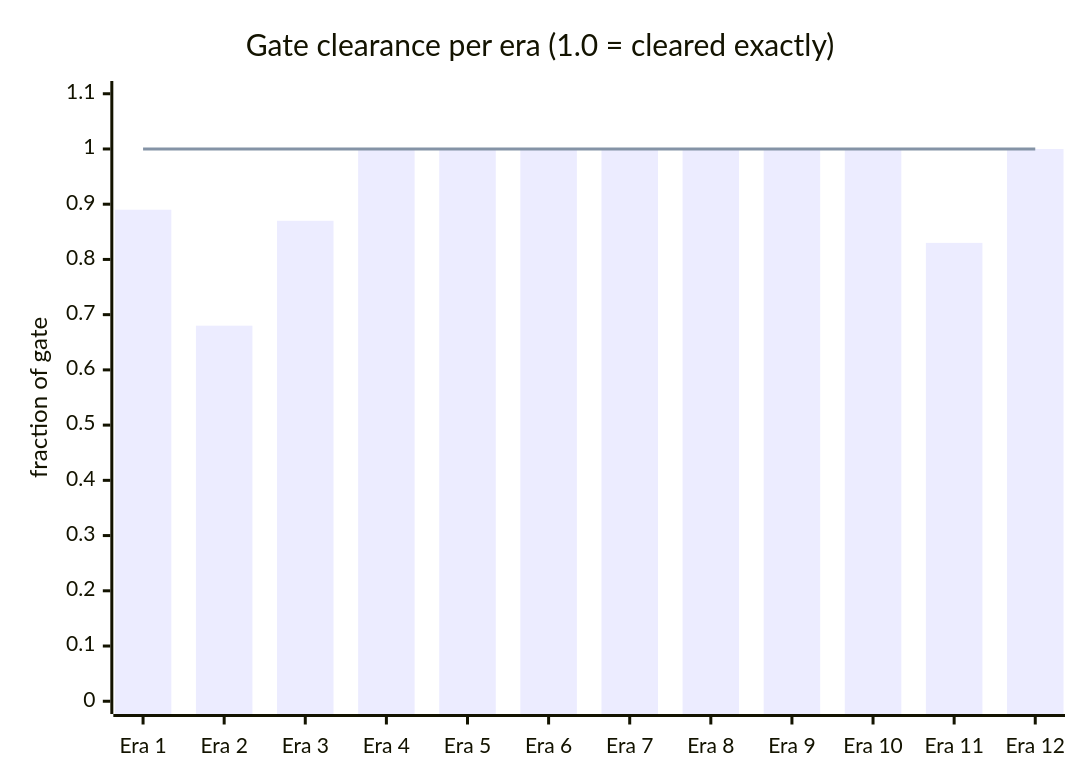
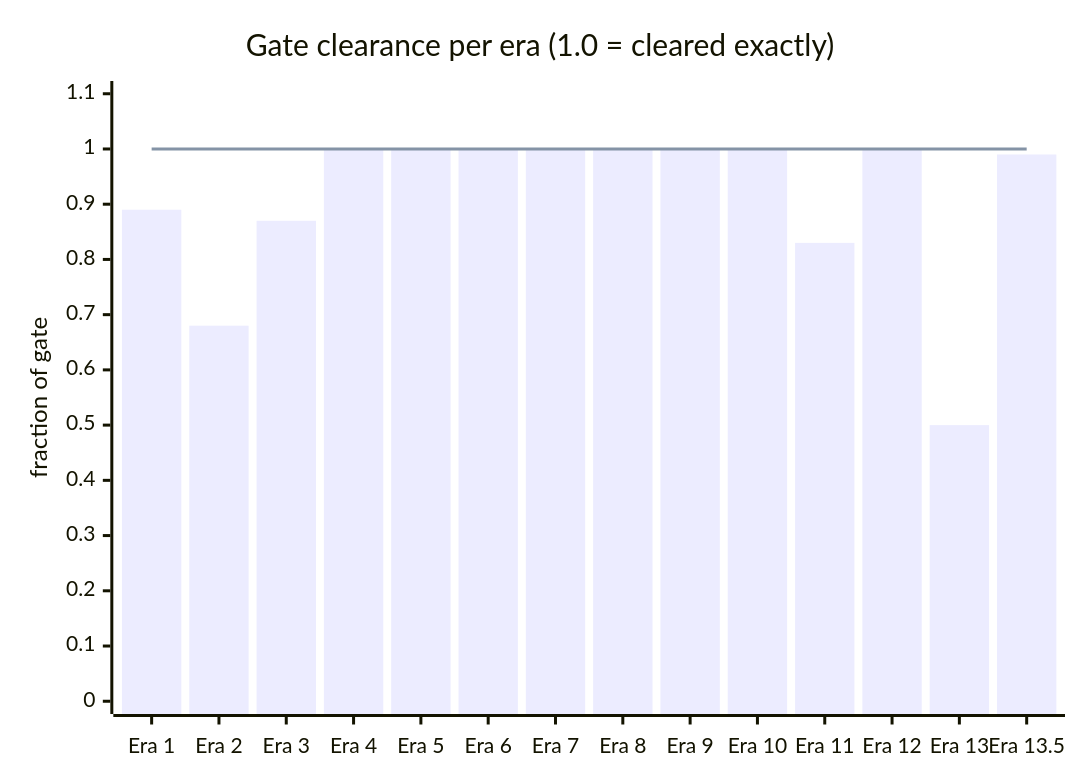
Before and after one commit to get-tmonier/argot: the second of 15 diagrams in docs/research/README.md, drawn with Mermaid. The commit also changed other lines of this file and 40 other files, not shown here.

````diff
--- a/docs/research/README.md
+++ b/docs/research/README.md
@@ -91,8 +100,8 @@
 ```mermaid
 xychart-beta
     title "Gate clearance per era (1.0 = cleared exactly)"
-    x-axis ["Era 1", "Era 2", "Era 3", "Era 4", "Era 5", "Era 6", "Era 7", "Era 8", "Era 9", "Era 10", "Era 11", "Era 12"]
+    x-axis ["Era 1", "Era 2", "Era 3", "Era 4", "Era 5", "Era 6", "Era 7", "Era 8", "Era 9", "Era 10", "Era 11", "Era 12", "Era 13", "Era 13.5"]
     y-axis "fraction of gate" 0 --> 1.1
-    bar [0.89, 0.68, 0.87, 1.00, 1.00, 1.00, 1.00, 1.00, 1.00, 1.00, 0.83, 1.00]
-    line [1.0, 1.0, 1.0, 1.0, 1.0, 1.0, 1.0, 1.0, 1.0, 1.0, 1.0, 1.0]
+    bar [0.89, 0.68, 0.87, 1.00, 1.00, 1.00, 1.00, 1.00, 1.00, 1.00, 0.83, 1.00, 0.50, 0.99]
+    line [1.0, 1.0, 1.0, 1.0, 1.0, 1.0, 1.0, 1.0, 1.0, 1.0, 1.0, 1.0, 1.0, 1.0]
 ```
````
